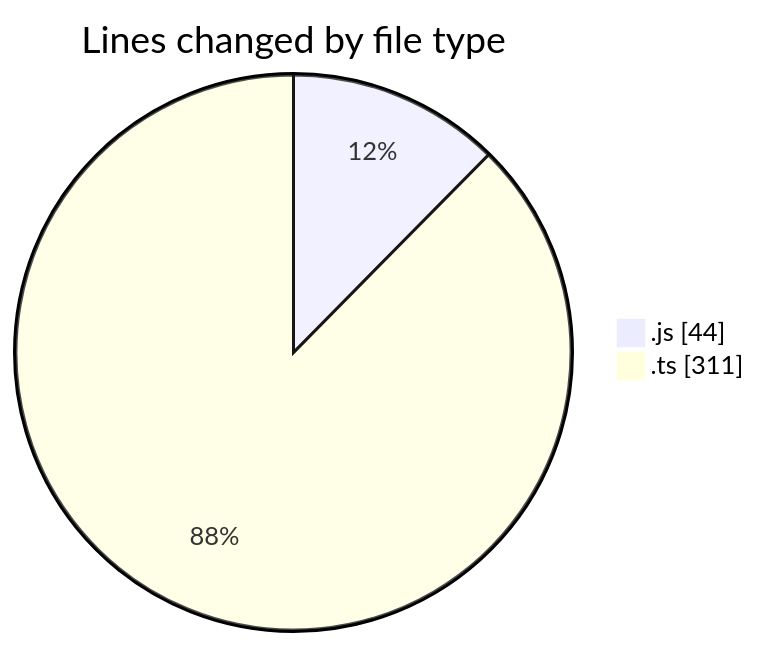
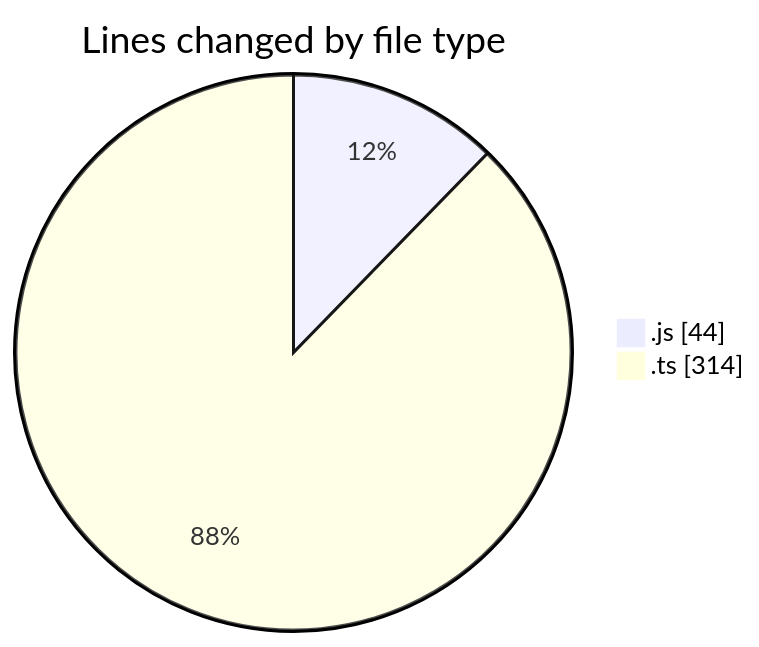
Before and after one commit to EIIisD/code-tracking: the first of 2 diagrams in 2025-07-14/ribbon/README.md, drawn with Mermaid. The commit also changed other lines of this file and 1 other file, not shown here.

````diff
--- a/2025-07-14/ribbon/README.md
+++ b/2025-07-14/ribbon/README.md
@@ -21,6 +21,6 @@
 ```mermaid
 pie showData
 title Lines changed by file type
 ".js" : 44
-".ts" : 311
+".ts" : 314
 ```
````
